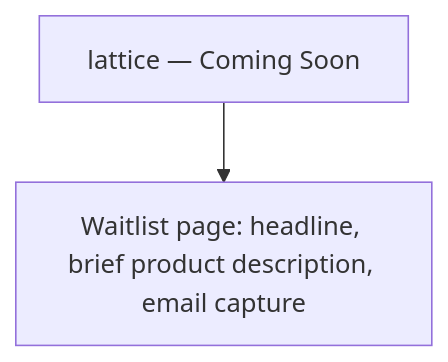
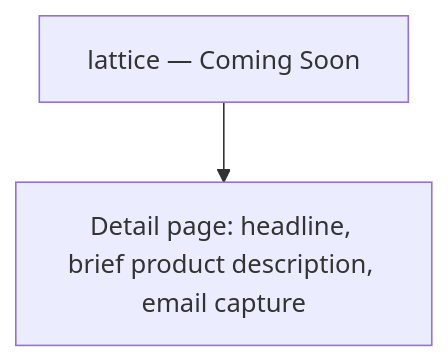
Before and after one commit to himanshusalve16/Graphxy-Labs-Landing-Page: the fourth of 5 diagrams in Docs/04_Information_Architecture.md, drawn with Mermaid. The commit also changed other lines of this file and 36 other files, not shown here.

````diff
--- a/Docs/04_Information_Architecture.md
+++ b/Docs/04_Information_Architecture.md
@@ -120,4 +121,4 @@
 ```mermaid
 flowchart TD
-    Root[lattice — Coming Soon] --> WL[Waitlist page: headline, brief product description, email capture]
+    Root[lattice — Coming Soon] --> WL[Detail page: headline, brief product description, email capture]
 ```
````
